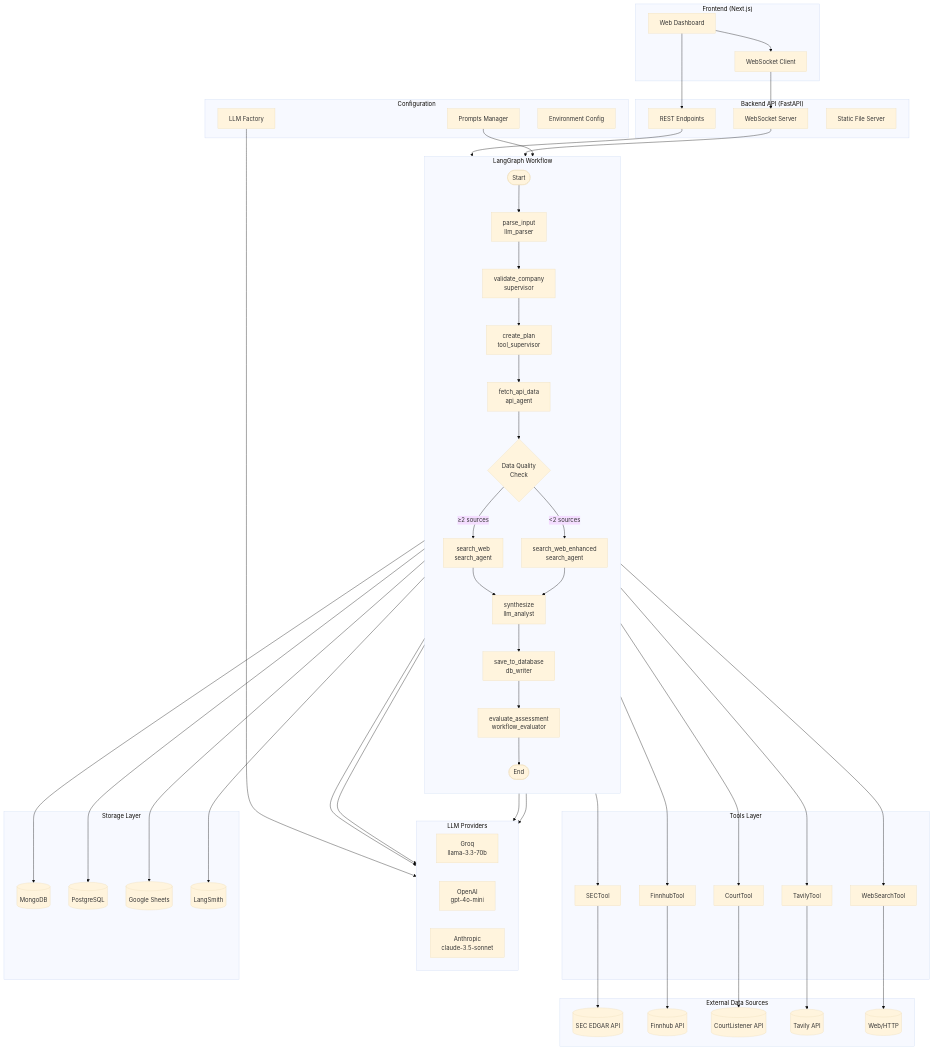
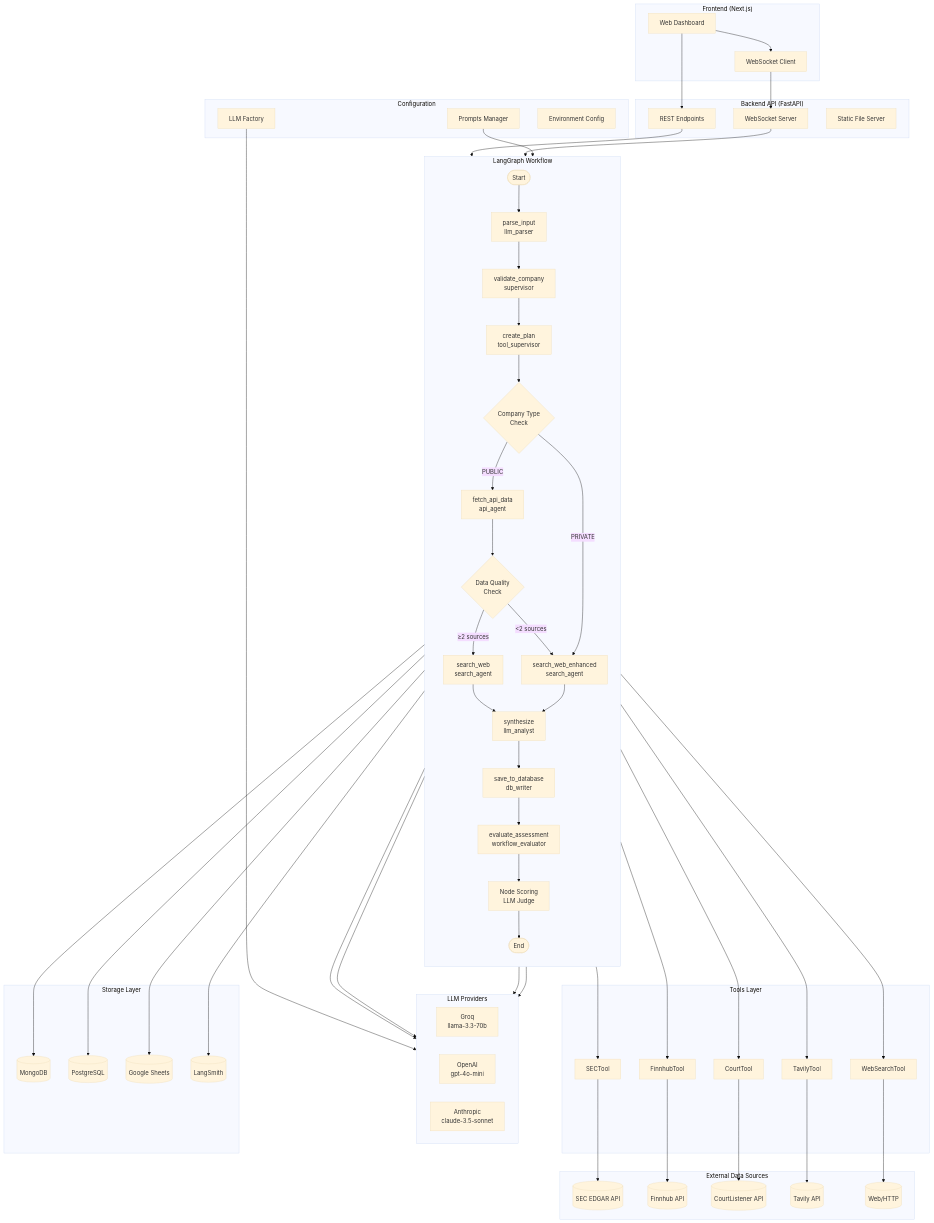
Before and after one commit to shahriarkasib/credit-intelligence: the first of 6 diagrams in docs/ARCHITECTURE.md, drawn with Mermaid (base theme). The commit also changed other lines of this file and 18 other files, not shown here.

First line of the commit message:
Add node scoring with LLM judge and PUBLIC/PRIVATE routing

```diff
--- a/docs/ARCHITECTURE.md
+++ b/docs/ARCHITECTURE.md
@@ -26,15 +26,18 @@
         ENTRY([Start]) --> PARSE
         PARSE[parse_input<br/>llm_parser] --> VALIDATE
         VALIDATE[validate_company<br/>supervisor] --> PLAN
-        PLAN[create_plan<br/>tool_supervisor] --> FETCH
-        FETCH[fetch_api_data<br/>api_agent] --> ROUTE{Data Quality<br/>Check}
+        PLAN[create_plan<br/>tool_supervisor] --> TYPE{Company Type<br/>Check}
+        TYPE -->|PUBLIC| FETCH[fetch_api_data<br/>api_agent]
+        TYPE -->|PRIVATE| SEARCH_ENH[search_web_enhanced<br/>search_agent]
+        FETCH --> ROUTE{Data Quality<br/>Check}
         ROUTE -->|≥2 sources| SEARCH[search_web<br/>search_agent]
-        ROUTE -->|<2 sources| SEARCH_ENH[search_web_enhanced<br/>search_agent]
+        ROUTE -->|<2 sources| SEARCH_ENH
         SEARCH --> SYNTH
         SEARCH_ENH --> SYNTH
         SYNTH[synthesize<br/>llm_analyst] --> SAVE
         SAVE[save_to_database<br/>db_writer] --> EVAL
-        EVAL[evaluate_assessment<br/>workflow_evaluator] --> EXIT([End])
+        EVAL[evaluate_assessment<br/>workflow_evaluator] --> SCORE[Node Scoring<br/>LLM Judge]
+        SCORE --> EXIT([End])
     end
 
     subgraph Tools["Tools Layer"]
```
